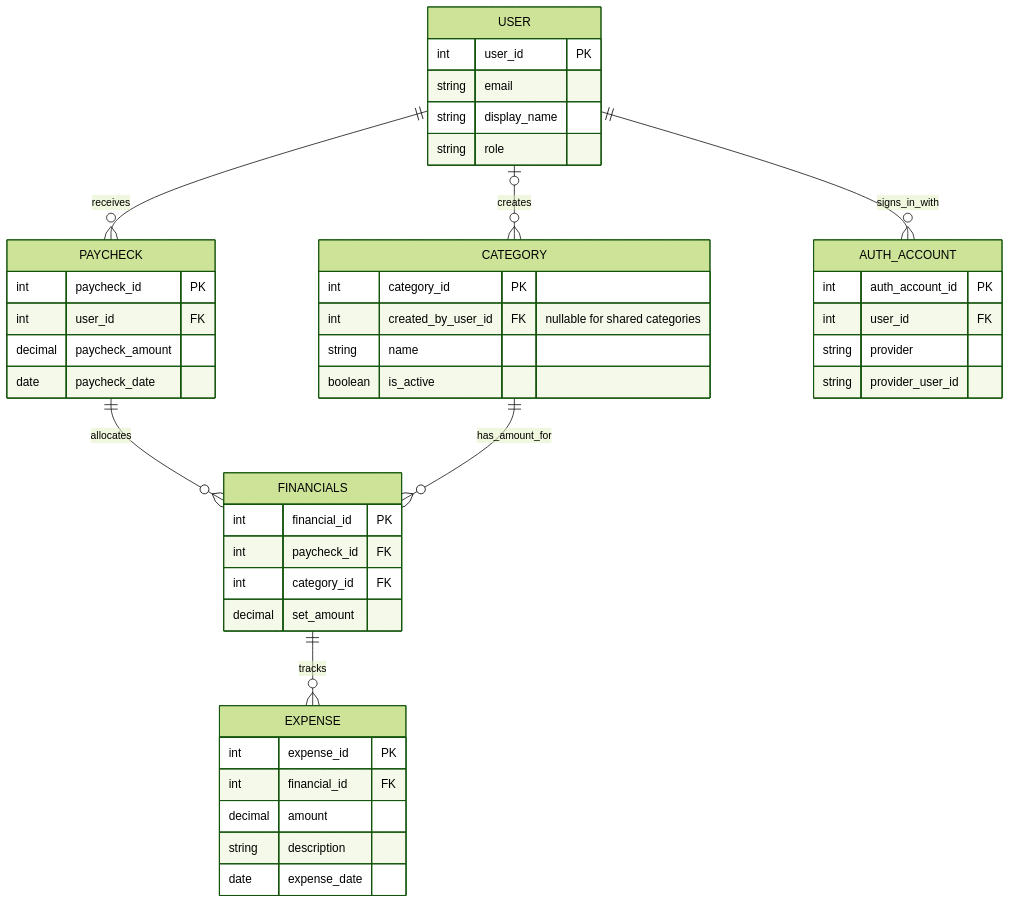
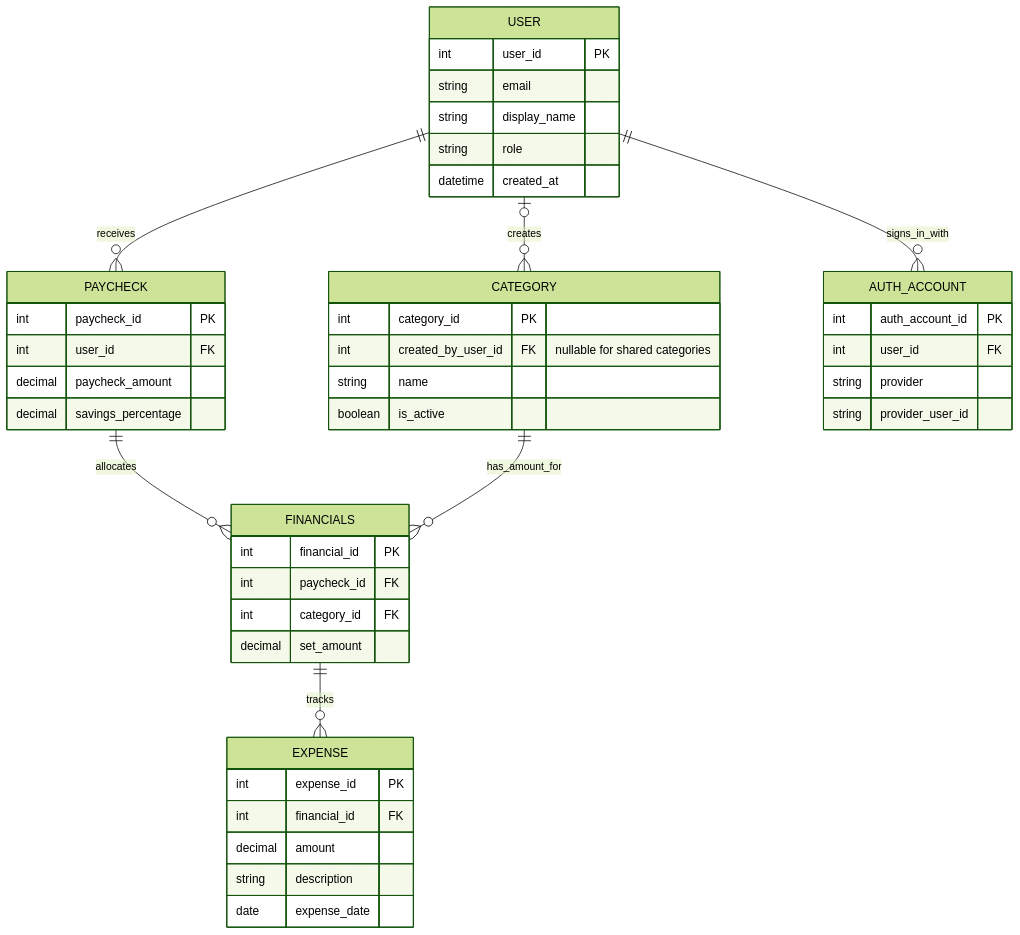
The diagram in docs/erd.md (project3Group4/budgetTracker), drawn with Mermaid (forest theme) before and after one commit.

Commit message:
added saving percentage to paycheck
Added created_at field to USERS table and savings_percentage to PAYCHECK table.

````diff
--- a/docs/erd.md
+++ b/docs/erd.md
@@ -3,52 +3,53 @@
 ```mermaid
 erDiagram
     USER ||--o{ PAYCHECK : receives
     PAYCHECK ||--o{ FINANCIALS : allocates
     CATEGORY ||--o{ FINANCIALS : has_amount_for
     FINANCIALS ||--o{ EXPENSE : tracks
     USER ||--o{ AUTH_ACCOUNT : signs_in_with
     USER o|--o{ CATEGORY : creates
 
     USER {
         int user_id PK
         string email
         string display_name
         string role
+        datetime created_at
     }
 
     PAYCHECK {
         int paycheck_id PK
         int user_id FK
         decimal paycheck_amount
-        date paycheck_date
+        decimal savings_percentage
     }
 
     FINANCIALS {
         int financial_id PK
         int paycheck_id FK
         int category_id FK
         decimal set_amount
     }
 
     CATEGORY {
         int category_id PK
         int created_by_user_id FK "nullable for shared categories"
         string name
         boolean is_active
     }
 
     EXPENSE {
         int expense_id PK
         int financial_id FK
         decimal amount
         string description
         date expense_date
     }
 
     AUTH_ACCOUNT {
         int auth_account_id PK
         int user_id FK
         string provider
         string provider_user_id
     }
 ```
````
